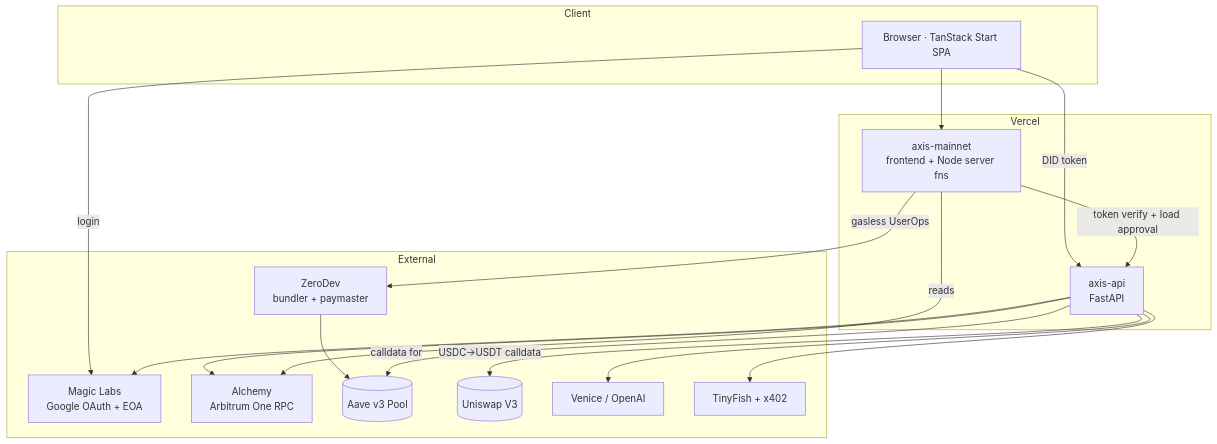
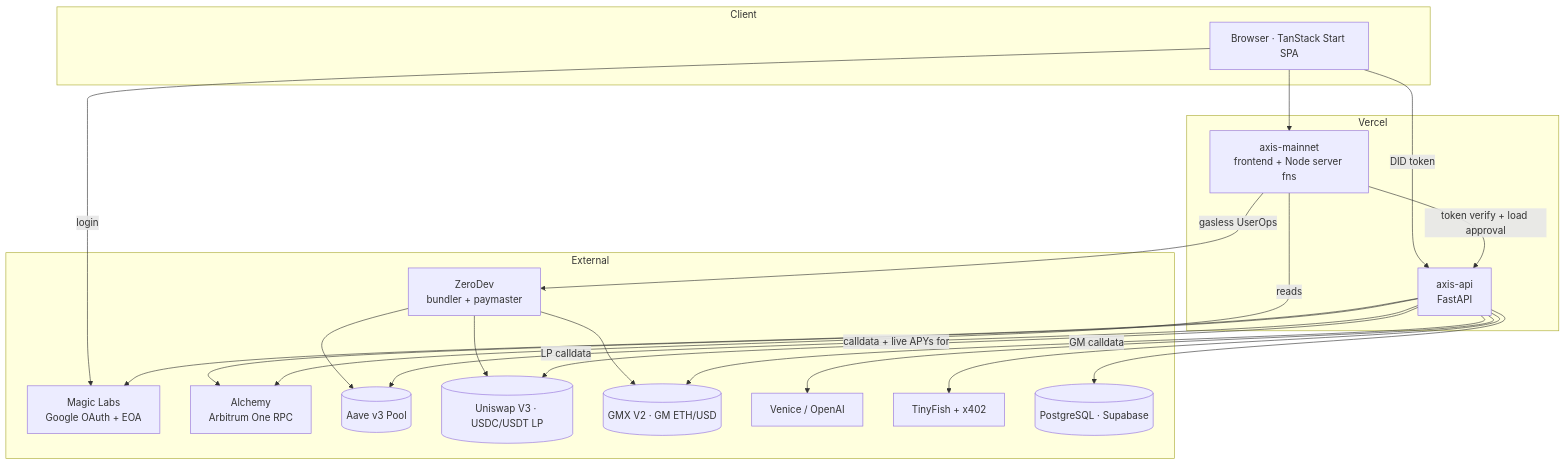
The first of 10 diagrams in docs/ARCHITECTURE.md (henrysammarfo/axis), drawn with Mermaid before and after one commit. The commit also changed other lines of this file and 2 other files, not shown here.

First line of the commit message:
Docs: refresh README + ARCHITECTURE + audit for router/venues/Postgres

````diff
--- a/docs/ARCHITECTURE.md
+++ b/docs/ARCHITECTURE.md
@@ -10,33 +10,39 @@
 ```mermaid
 graph TD
   subgraph Client
     B[Browser · TanStack Start SPA]
   end
   subgraph Vercel
     FE[axis-mainnet<br/>frontend + Node server fns]
     API[axis-api<br/>FastAPI]
   end
   subgraph External
     MAGIC[Magic Labs<br/>Google OAuth + EOA]
     ZD[ZeroDev<br/>bundler + paymaster]
     ALCHEMY[Alchemy<br/>Arbitrum One RPC]
     AAVE[(Aave v3 Pool)]
-    UNI[(Uniswap V3)]
+    UNI[(Uniswap V3 · USDC/USDT LP)]
+    GMX[(GMX V2 · GM ETH/USD)]
     AI[Venice / OpenAI]
     TF[TinyFish + x402]
+    PG[(PostgreSQL · Supabase)]
   end
 
   B --> FE
   B -->|DID token| API
   FE -->|gasless UserOps| ZD
   FE -->|token verify + load approval| API
   B -->|login| MAGIC
   API --> MAGIC
   API --> ALCHEMY
   API --> AI
   API --> TF
+  API --> PG
   ZD --> AAVE
+  ZD --> UNI
+  ZD --> GMX
   FE -->|reads| ALCHEMY
-  API -->|calldata for| AAVE
-  API -->|USDC->USDT calldata| UNI
+  API -->|calldata + live APYs for| AAVE
+  API -->|LP calldata| UNI
+  API -->|GM calldata| GMX
 ```
````
